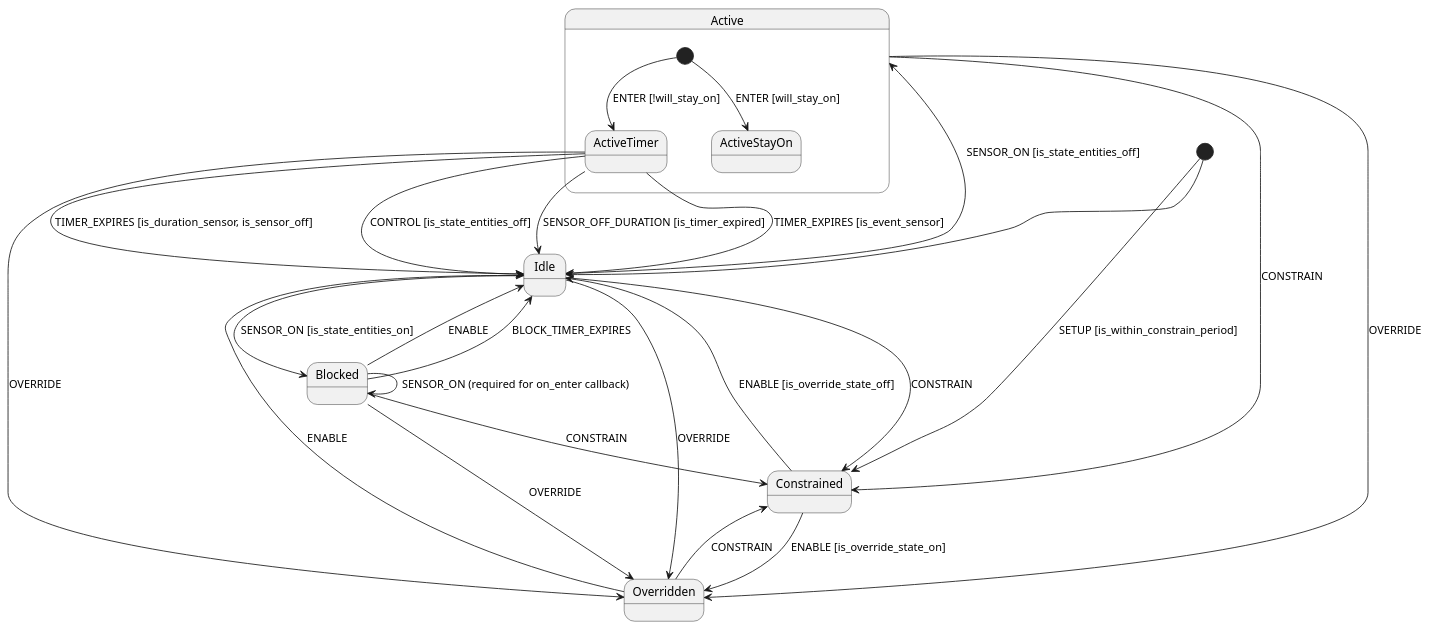
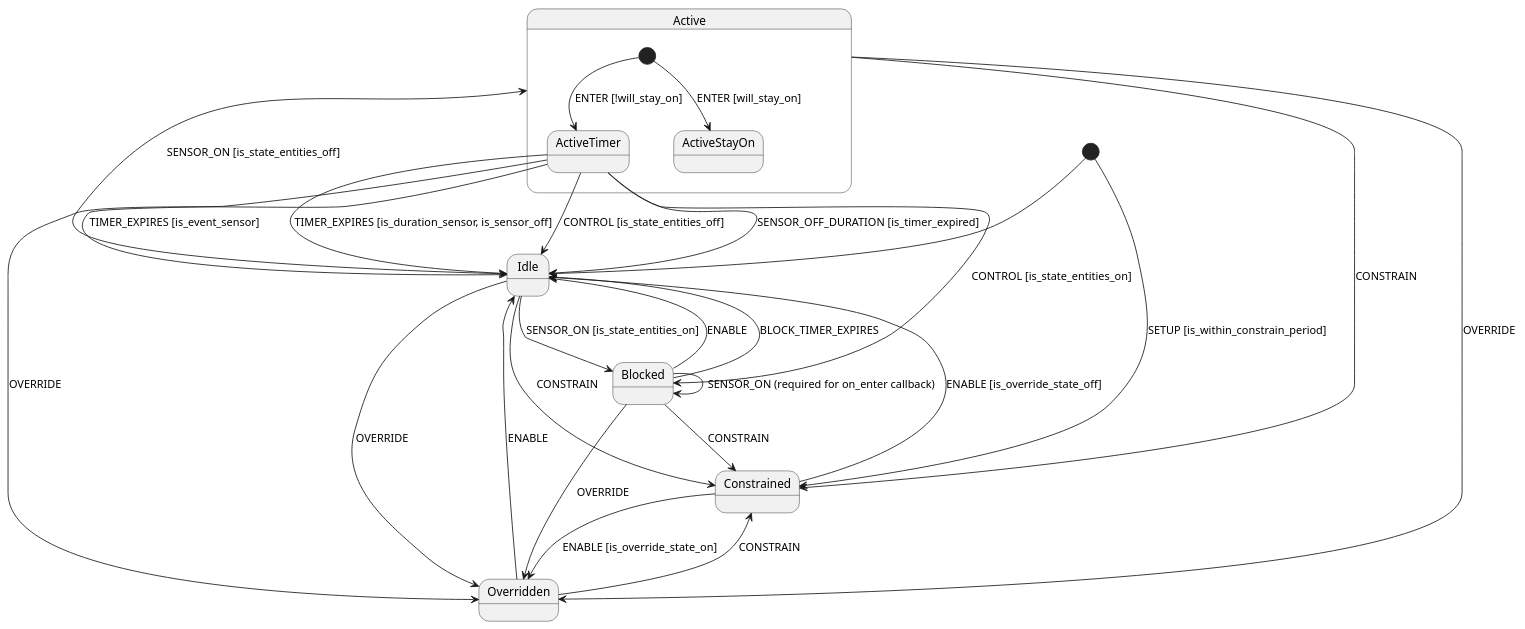
One commit to danobot/entity-controller changed the diagram in diagram.puml. Above: the diagram before and after it, drawn with PlantUML. The commit also changed 2 other files, not shown here.

```diff
--- a/diagram.puml
+++ b/diagram.puml
@@ -1,85 +1,86 @@
 @startuml
 
 [*] --> Idle
 [*] --> Constrained : SETUP [is_within_constrain_period]
 ' ['idle', 'overridden', 'constrained', 'blocked', {'name': 'active', 'children': ['timer', 'stay_on'],
 
 ' machine.add_transition(trigger='constrain', source='*', dest='constrained')
 Idle --> Constrained : CONSTRAIN
 Blocked --> Constrained : CONSTRAIN
 state Active {
   [*] --> ActiveTimer : ENTER [!will_stay_on]
   [*] --> ActiveStayOn : ENTER [will_stay_on]
 }
 Active --> Overridden : OVERRIDE
 Active --> Constrained : CONSTRAIN
 Overridden --> Constrained : CONSTRAIN
 ' machine.add_transition(trigger='override',
 '                        source=['idle', 'active_timer', 'blocked'],
 '                        dest='overridden')
 Idle --> Overridden : OVERRIDE
 Blocked --> Overridden : OVERRIDE
 ActiveTimer --> Overridden : OVERRIDE
 ' # Idle
 ' machine.add_transition(trigger='sensor_on', source='idle', dest='active',
 '                        conditions=['is_state_entities_off'])
 Idle --> Active : SENSOR_ON [is_state_entities_off]
 
 ' machine.add_transition(trigger='sensor_on', source='idle', dest='blocked',
 '                        conditions=['is_state_entities_on'])
 Idle --> Blocked : SENSOR_ON [is_state_entities_on]
 
 ' # Blocked
 ' machine.add_transition(trigger='enable', source='blocked', dest='idle')
 Blocked --> Idle : ENABLE
 ' machine.add_transition(trigger='sensor_on', source='blocked',
 '                        dest='blocked')  # re-entering self-transition (on_enter callback executed.)
 Blocked --> Blocked : SENSOR_ON (required for on_enter callback)
 ' # Overridden
 ' machine.add_transition(trigger='enable', source='overridden', dest='idle')
 Overridden --> Idle : ENABLE
 ' # machine.add_transition(trigger='sensor_off',           source=['overridden'],          dest=None)
 ' Overridden --> None : SENSOR_OFF
 ' machine.add_transition(trigger='enter', source='active',
 '                        dest='active_timer', unless='will_stay_on')
 
 ' machine.add_transition(trigger='enter', source='active',
 '                        dest='active_stay_on', conditions='will_stay_on')
 
 ' # Active Timer
 ' machine.add_transition(trigger='sensor_on', source='active_timer',
 '                        dest=None, after='_reset_timer')
 
 ' # machine.add_transition(trigger='sensor_off',           source='active_timer',      dest=None,              conditions=['is_event_sensor'])
 ' machine.add_transition(trigger='sensor_off_duration',
 '                        source='active_timer', dest='idle',
 '                        conditions=['is_timer_expired'])
 ActiveTimer --> Idle : SENSOR_OFF_DURATION [is_timer_expired]
 
 ' # The following two transitions must be kept seperate because they have 
 ' # special conditional logic that cannot be combined.
 ' machine.add_transition(trigger='timer_expires', source='active_timer',
 '                        dest='idle', conditions=['is_event_sensor'])
 ActiveTimer --> Idle : TIMER_EXPIRES [is_event_sensor]
 ' machine.add_transition(trigger='timer_expires', source='active_timer',
 '                        dest='idle',
 '                        conditions=['is_duration_sensor', 'is_sensor_off'])
 ActiveTimer --> Idle : TIMER_EXPIRES [is_duration_sensor, is_sensor_off]
 ' machine.add_transition(trigger='block_timer_expires', source='blocked',
 '                        dest='idle')
 Blocked --> Idle : BLOCK_TIMER_EXPIRES
 ' machine.add_transition(trigger='control', source='active_timer',
 '                        dest='idle', conditions=['is_state_entities_off'])
 ActiveTimer --> Idle : CONTROL [is_state_entities_off]
+ActiveTimer --> Blocked : CONTROL [is_state_entities_on]
 ' # machine.add_transition(trigger='sensor_off',           source='active_stay_on',    dest=None)
 ' machine.add_transition(trigger='timer_expires', source='active_stay_on',
 '                        dest=None)
 
 ' # Constrained
 ' machine.add_transition(trigger='enable', source='constrained', dest='idle', conditions=['is_override_state_off'])
 Constrained --> Idle : ENABLE [is_override_state_off]
 ' machine.add_transition(trigger='enable', source='constrained', dest='overridden', conditions=['is_override_state_on'])
 Constrained --> Overridden : ENABLE [is_override_state_on]
 
 
 @enduml
```
